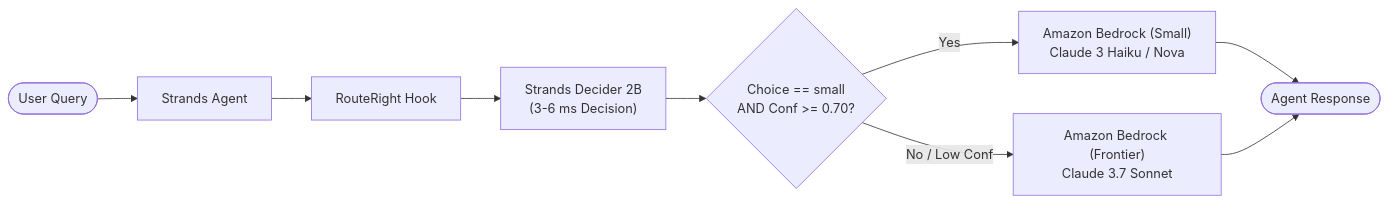
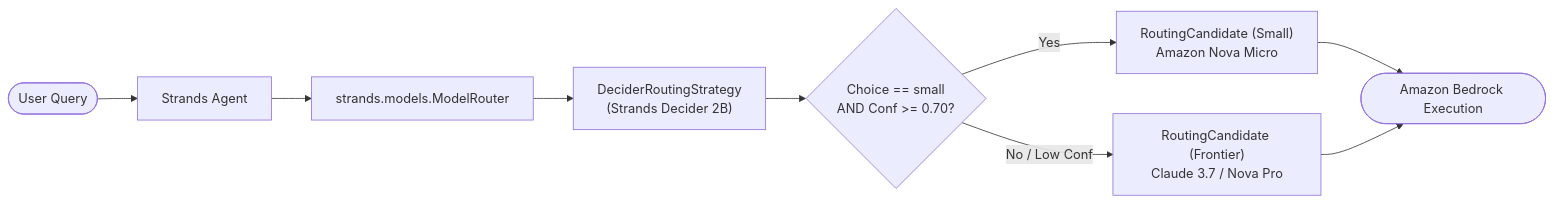
One commit to CoderRahul01/RouteRight changed the diagram in README.md. Above: the diagram before and after it, drawn with Mermaid. The commit also changed other lines of this file and 29 other files, not shown here.

Commit message:
Final pass: RouteRight real Decider 2B routing, clean wiring, and verification

````diff
--- a/README.md
+++ b/README.md
@@ -31,14 +33,14 @@
 ```mermaid
 flowchart LR
     User(["User Query"]) --> Agent["Strands Agent"]
-    Agent --> RouteRight["RouteRight Hook"]
-    RouteRight --> Decider["Strands Decider 2B\n(3-6 ms Decision)"]
+    Agent --> Router["strands.models.ModelRouter"]
+    Router --> DeciderStrat["DeciderRoutingStrategy\n(Strands Decider 2B)"]
     
-    Decider --> Logic{"Choice == small\nAND Conf >= 0.70?"}
+    DeciderStrat --> Logic{"Choice == small\nAND Conf >= 0.70?"}
     
-    Logic -- Yes --> Small["Amazon Bedrock (Small)\nClaude 3 Haiku / Nova"]
-    Logic -- No / Low Conf --> Frontier["Amazon Bedrock (Frontier)\nClaude 3.7 Sonnet"]
+    Logic -- Yes --> Small["RoutingCandidate (Small)\nAmazon Nova Micro"]
+    Logic -- No / Low Conf --> Frontier["RoutingCandidate (Frontier)\nClaude 3.7 / Nova Pro"]
     
-    Small --> Response(["Agent Response"])
-    Frontier --> Response
+    Small --> Bedrock(["Amazon Bedrock Execution"])
+    Frontier --> Bedrock
 ```
````
